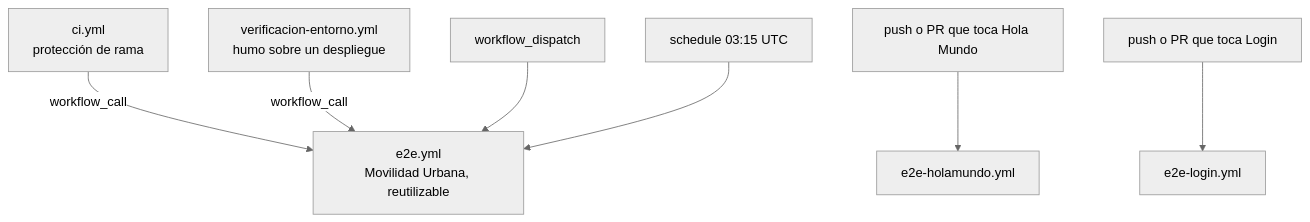
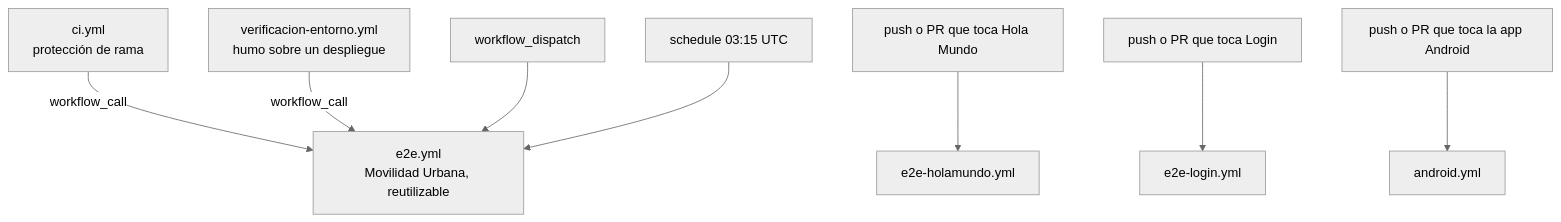
Before and after one commit to hdcm-dev/Lab-E2E.WebBlazor.Documentacion: the diagram in ia-db/indexes/06_CI-Y-Workflows.md, drawn with Mermaid (neutral theme). The commit also changed other lines of this file and 16 other files, not shown here.

First line of the commit message:
Regenerar la ia-db 2.0 con la app Android y actualizar el README

````diff
--- a/ia-db/indexes/06_CI-Y-Workflows.md
+++ b/ia-db/indexes/06_CI-Y-Workflows.md
@@ -11,9 +11,10 @@
 ```mermaid
 graph TD
     CI[ci.yml<br/>protección de rama] -->|workflow_call| E2E[e2e.yml<br/>Movilidad Urbana, reutilizable]
     VE[verificacion-entorno.yml<br/>humo sobre un despliegue] -->|workflow_call| E2E
     D[workflow_dispatch] --> E2E
     S[schedule 03:15 UTC] --> E2E
     PH[push o PR que toca Hola Mundo] --> HM[e2e-holamundo.yml]
     PL[push o PR que toca Login] --> LG[e2e-login.yml]
+    PA[push o PR que toca la app Android] --> AN[android.yml]
 ```
````
